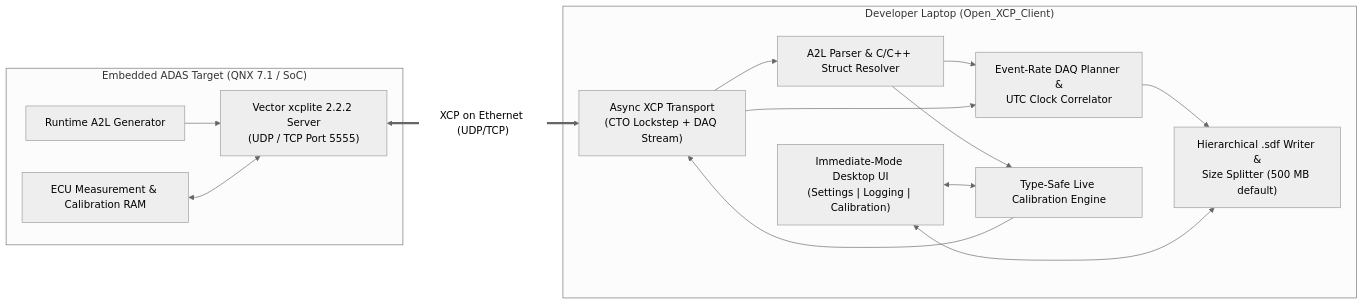
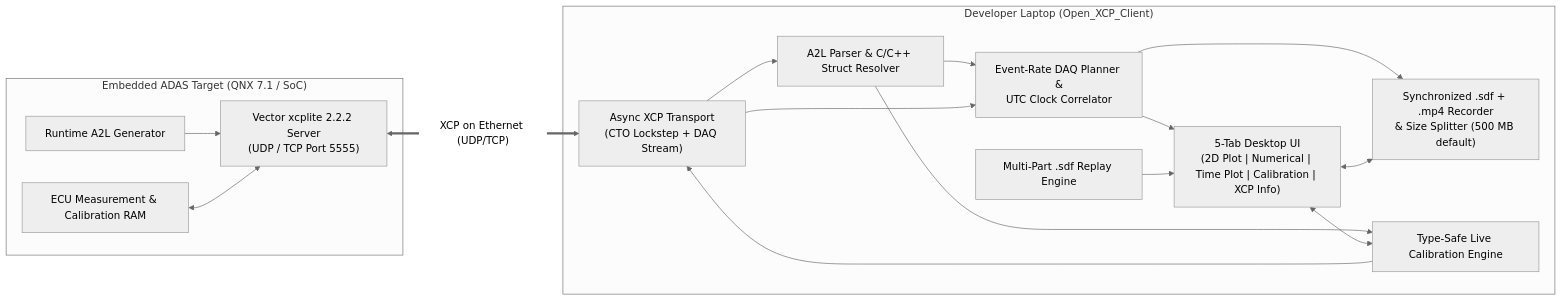
The diagram in README.md (Ramin1886/Open_XCP_Client), drawn with Mermaid (neutral theme) before and after one commit. The commit also changed other lines of this file and 24 other files, not shown here.

Commit message:
Add 2D live plot, synchronized MP4 video recording, multi-part SDF replay, Time Plot, Numerical, and XCP Info tabs

````diff
--- a/README.md
+++ b/README.md
@@ -28,30 +28,33 @@
 ```mermaid
 flowchart LR
     subgraph Target["Embedded ADAS Target (QNX 7.1 / SoC)"]
         XCP["Vector xcplite 2.2.2 Server\n(UDP / TCP Port 5555)"]
         A2LGen["Runtime A2L Generator"]
         RAM["ECU Measurement & Calibration RAM"]
         A2LGen --> XCP
         RAM <--> XCP
     end
 
     subgraph Host["Developer Laptop (Open_XCP_Client)"]
         Trans["Async XCP Transport\n(CTO Lockstep + DAQ Stream)"]
         Parser["A2L Parser & C/C++ Struct Resolver"]
         Planner["Event-Rate DAQ Planner &\nUTC Clock Correlator"]
-        SDF["Hierarchical .sdf Writer &\nSize Splitter (500 MB default)"]
+        SDF["Synchronized .sdf + .mp4 Recorder\n& Size Splitter (500 MB default)"]
+        Replay["Multi-Part .sdf Replay Engine"]
         Cal["Type-Safe Live Calibration Engine"]
-        UI["Immediate-Mode Desktop UI\n(Settings | Logging | Calibration)"]
+        UI["5-Tab Desktop UI\n(2D Plot | Numerical | Time Plot | Calibration | XCP Info)"]
 
         Trans --> Parser
         Parser --> Planner
         Parser --> Cal
         Trans --> Planner
         Planner --> SDF
+        Planner --> UI
+        Replay --> UI
         UI <--> Cal
         UI <--> SDF
         Cal --> Trans
     end
 
     XCP <== "XCP on Ethernet (UDP/TCP)" ==> Trans
 ```
````
